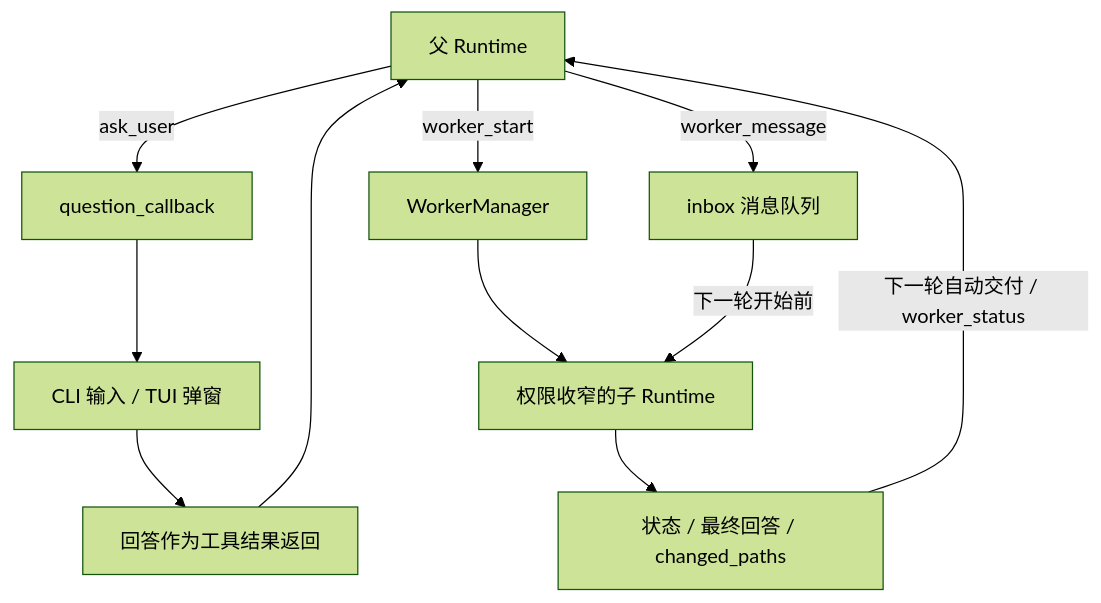
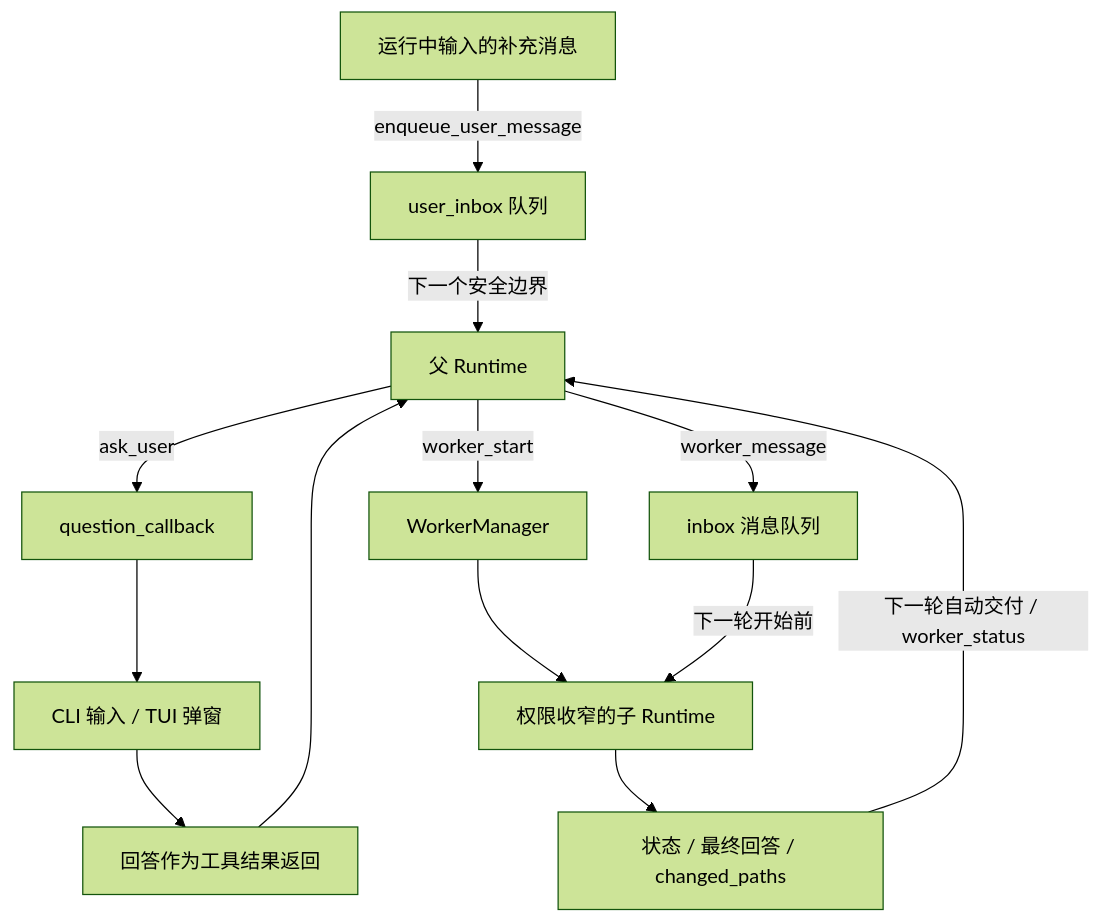
The diagram in docs/learning/13-interaction-and-workers.md (prossiblezero/Aster), drawn with Mermaid (forest theme) before and after one commit. The commit also changed other lines of this file and 7 other files, not shown here.

````diff
--- a/docs/learning/13-interaction-and-workers.md
+++ b/docs/learning/13-interaction-and-workers.md
@@ -16,13 +16,15 @@
 ```mermaid
 flowchart TD
     A[父 Runtime] -->|ask_user| B[question_callback]
     B --> C[CLI 输入 / TUI 弹窗]
     C --> D[回答作为工具结果返回]
     D --> A
+    U[运行中输入的补充消息] -->|enqueue_user_message| Q[user_inbox 队列]
+    Q -->|下一个安全边界| A
     A -->|worker_start| E[WorkerManager]
     E --> F[权限收窄的子 Runtime]
     A -->|worker_message| G[inbox 消息队列]
     G -->|下一轮开始前| F
     F --> H[状态 / 最终回答 / changed_paths]
     H -->|下一轮自动交付 / worker_status| A
 ```
````
